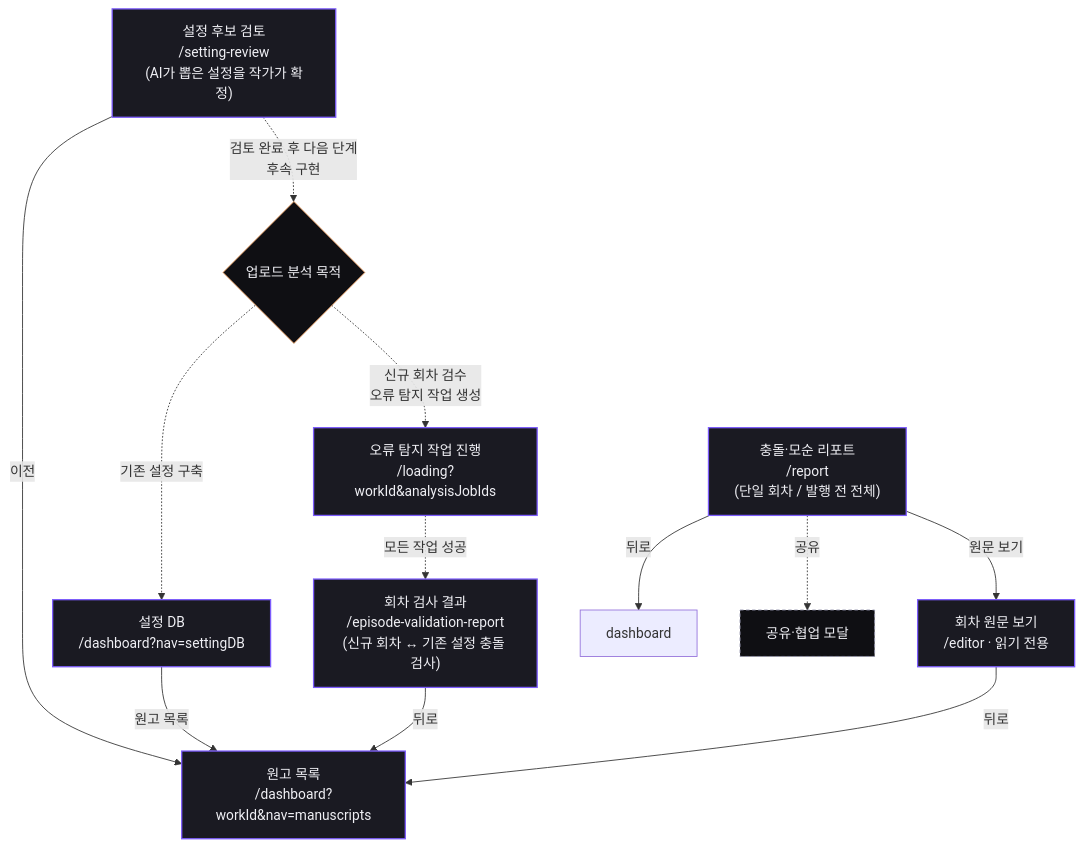
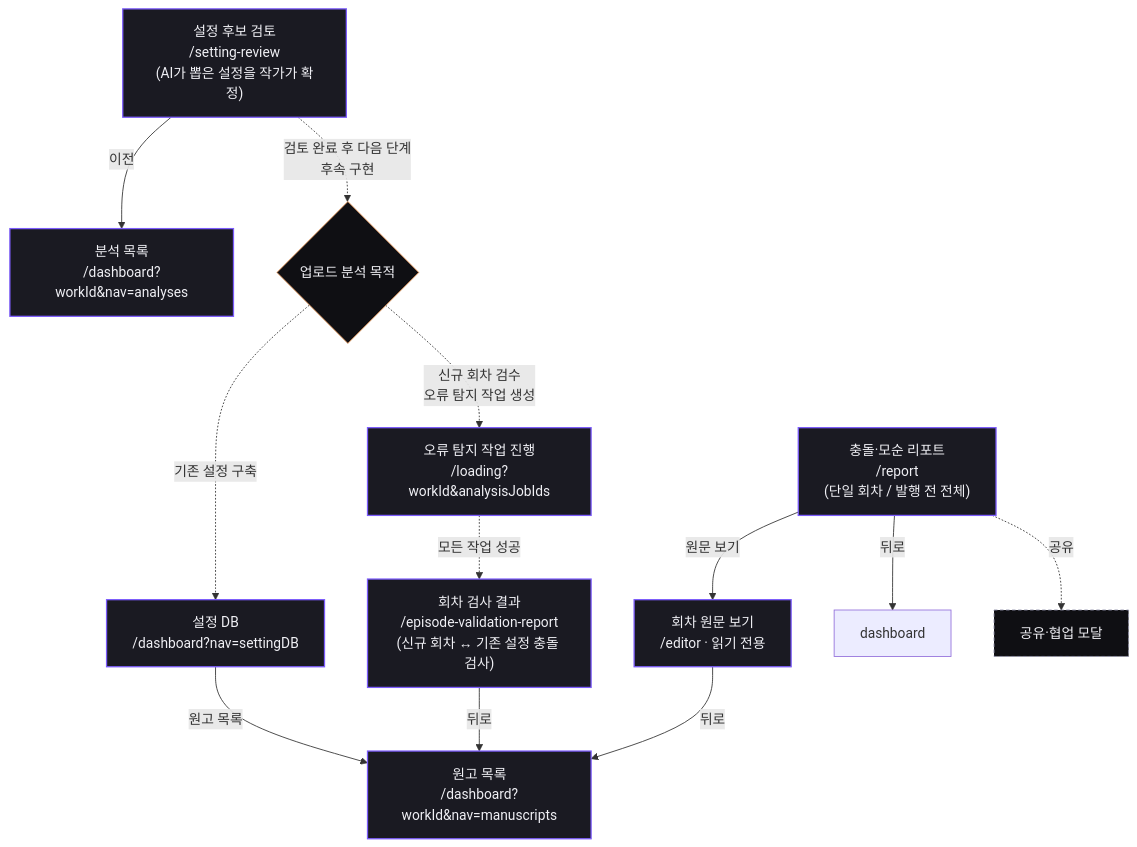
The seventh of 7 diagrams in docs/screen-flow.md (catchhole-soma/catchhole-front), drawn with Mermaid before and after one commit. The commit also changed other lines of this file and 6 other files, not shown here.

````diff
--- a/docs/screen-flow.md
+++ b/docs/screen-flow.md
@@ -356,27 +378,29 @@
 ```mermaid
 flowchart TD
   review["설정 후보 검토<br/>/setting-review<br/>(AI가 뽑은 설정을 작가가 확정)"]:::private
-  review -- "이전" --> manuscripts["원고 목록<br/>/dashboard?workId&nav=manuscripts"]:::private
+  review -- "이전" --> analyses["분석 목록<br/>/dashboard?workId&nav=analyses"]:::private
+
+  manuscripts["원고 목록<br/>/dashboard?workId&nav=manuscripts"]:::private
 
   settingDB["설정 DB<br/>/dashboard?nav=settingDB"]:::private
   purpose{"업로드 분석 목적"}:::decision
   review -. "검토 완료 후 다음 단계<br/>후속 구현" .-> purpose
   purpose -. "기존 설정 구축" .-> settingDB
   settingDB -- "원고 목록" --> manuscripts
 
   valreport["회차 검사 결과<br/>/episode-validation-report<br/>(신규 회차 ↔ 기존 설정 충돌 검사)"]:::private
   validation["오류 탐지 작업 진행<br/>/loading?workId&analysisJobIds"]:::private
   purpose -. "신규 회차 검수<br/>오류 탐지 작업 생성" .-> validation
   validation -. "모든 작업 성공" .-> valreport
   valreport -- "뒤로" --> manuscripts
 
   report["충돌·모순 리포트<br/>/report<br/>(단일 회차 / 발행 전 전체)"]:::private
   report -- "원문 보기" --> source["회차 원문 보기<br/>/editor · 읽기 전용"]:::private
   source -- "뒤로" --> manuscripts
   report -- "뒤로" --> dashboard
   report -. "공유" .-> share["공유·협업 모달"]:::modal
 
   classDef private fill:#1A1A22,stroke:#7C5CFC,stroke-width:1.5px,color:#F0F0F5;
   classDef modal fill:#0F0F13,stroke:#9090A8,stroke-dasharray:4 3,color:#F0F0F5;
   classDef decision fill:#0F0F13,stroke:#F4A261,color:#F0F0F5;
 ```
````
